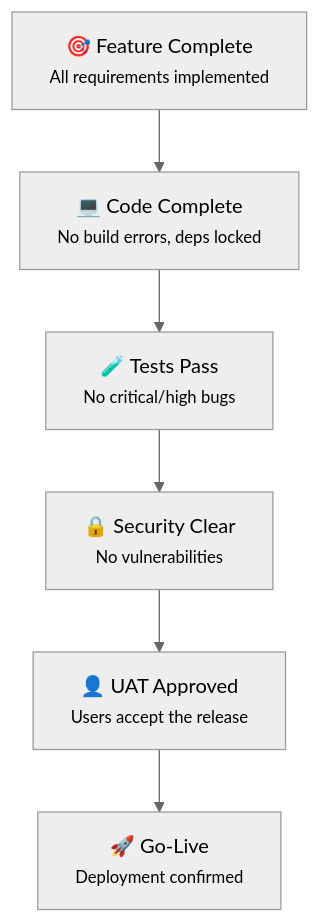
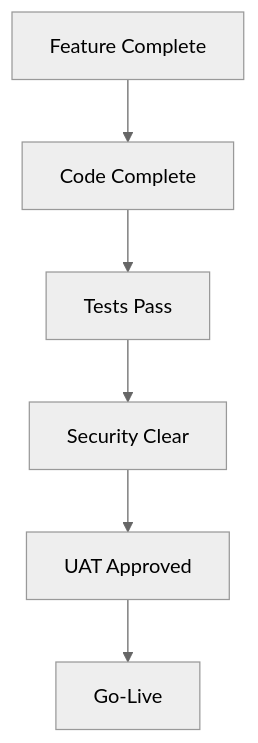
One commit to GitGerry/raps-methodology changed the second of 2 diagrams in README.md. Above: the diagram before and after it, drawn with Mermaid. The commit also changed other lines of this file, not shown here.

````diff
--- a/README.md
+++ b/README.md
@@ -114,12 +294,12 @@
 ```mermaid
 %%{init: {'theme': 'neutral'}}%%
 flowchart TB
-    G1["🎯 Feature Complete<br/><small>All requirements implemented</small>"]
-    G2["💻 Code Complete<br/><small>No build errors, deps locked</small>"]
-    G3["🧪 Tests Pass<br/><small>No critical/high bugs</small>"]
-    G4["🔒 Security Clear<br/><small>No vulnerabilities</small>"]
-    G5["👤 UAT Approved<br/><small>Users accept the release</small>"]
-    G6["🚀 Go-Live<br/><small>Deployment confirmed</small>"]
+    G1[Feature Complete]
+    G2[Code Complete]
+    G3[Tests Pass]
+    G4[Security Clear]
+    G5[UAT Approved]
+    G6[Go-Live]
     
     G1 --> G2 --> G3 --> G4 --> G5 --> G6
 ```
````
